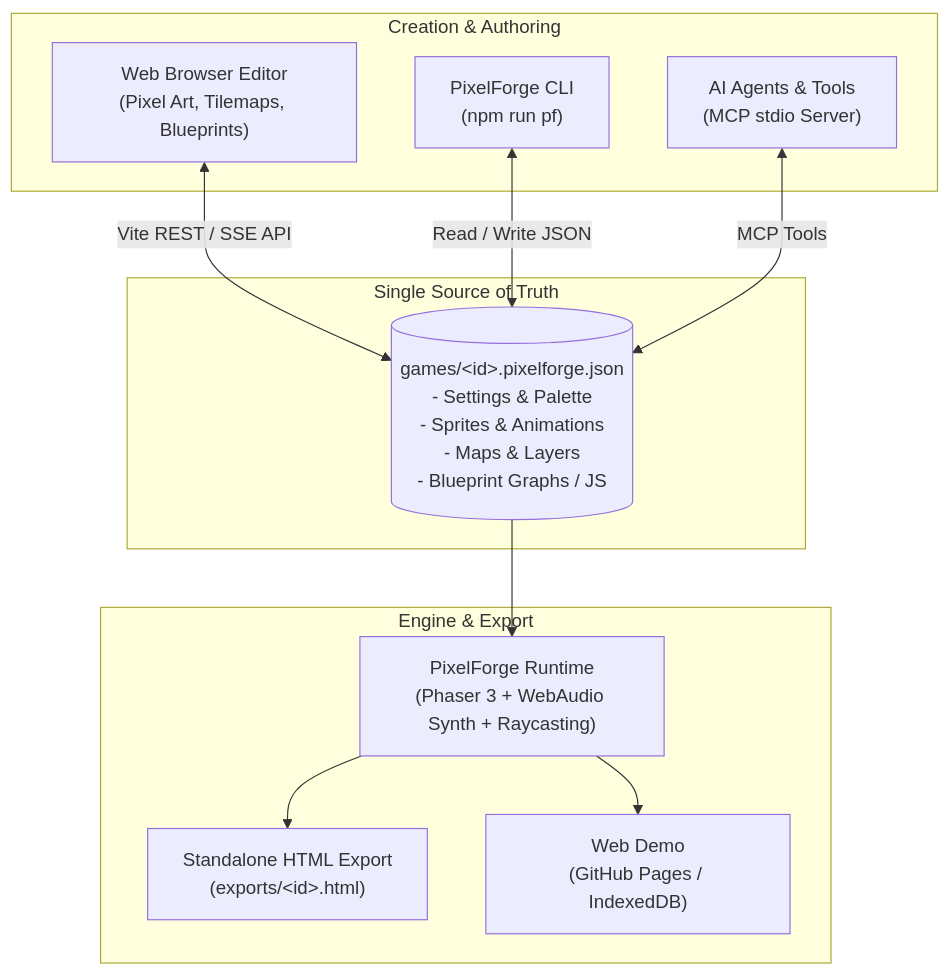
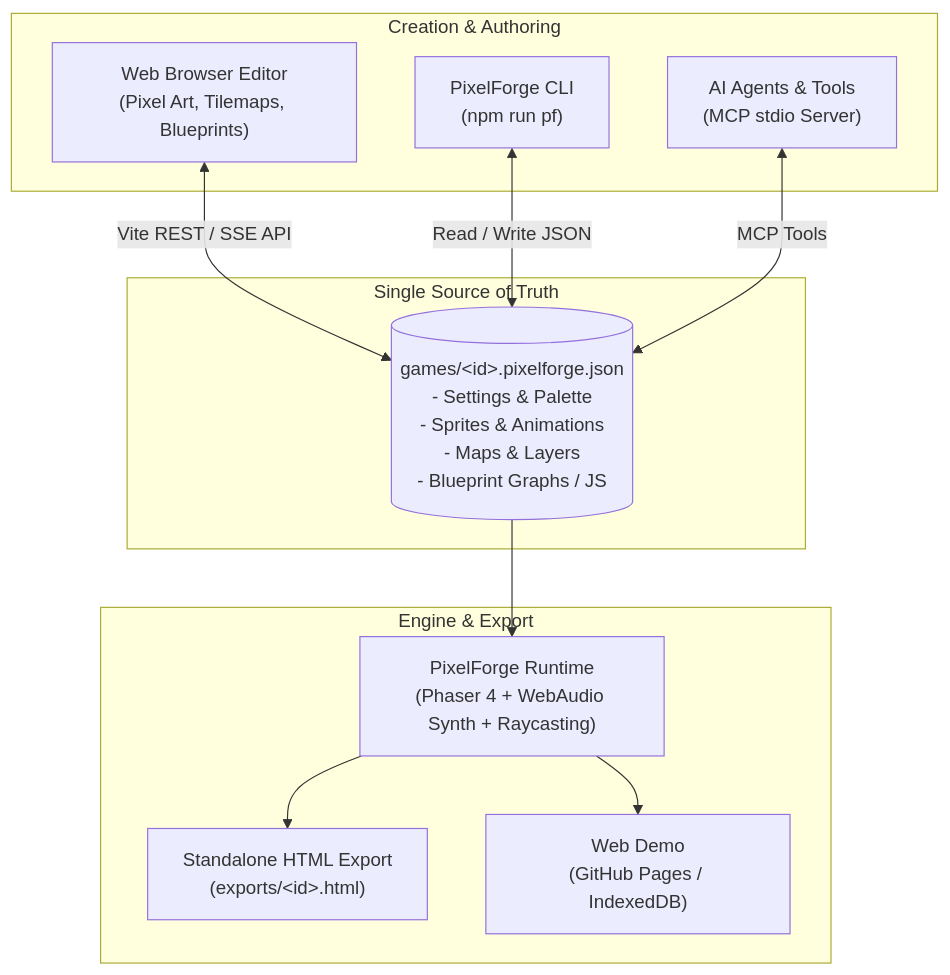
Before and after one commit to dyzlek/pixelforge: the diagram in README.en.md, drawn with Mermaid. The commit also changed other lines of this file and 5 other files, not shown here.

````diff
--- a/README.en.md
+++ b/README.en.md
@@ -49,26 +49,26 @@
 ```mermaid
 flowchart TD
     subgraph Creation["Creation & Authoring"]
         UI["Web Browser Editor<br/>(Pixel Art, Tilemaps, Blueprints)"]
         CLI["PixelForge CLI<br/>(npm run pf)"]
         AI["AI Agents & Tools<br/>(MCP stdio Server)"]
     end
 
     subgraph Storage["Single Source of Truth"]
         JSON[("games/&lt;id&gt;.pixelforge.json<br/>- Settings & Palette<br/>- Sprites & Animations<br/>- Maps & Layers<br/>- Blueprint Graphs / JS")]
     end
 
     subgraph Runtime["Engine & Export"]
-        Engine["PixelForge Runtime<br/>(Phaser 3 + WebAudio Synth + Raycasting)"]
+        Engine["PixelForge Runtime<br/>(Phaser 4 + WebAudio Synth + Raycasting)"]
         HTML["Standalone HTML Export<br/>(exports/&lt;id&gt;.html)"]
         Pages["Web Demo<br/>(GitHub Pages / IndexedDB)"]
     end
 
     UI <-->|Vite REST / SSE API| JSON
     CLI <-->|Read / Write JSON| JSON
     AI <-->|MCP Tools| JSON
 
     JSON --> Engine
     Engine --> HTML
     Engine --> Pages
 ```
````
